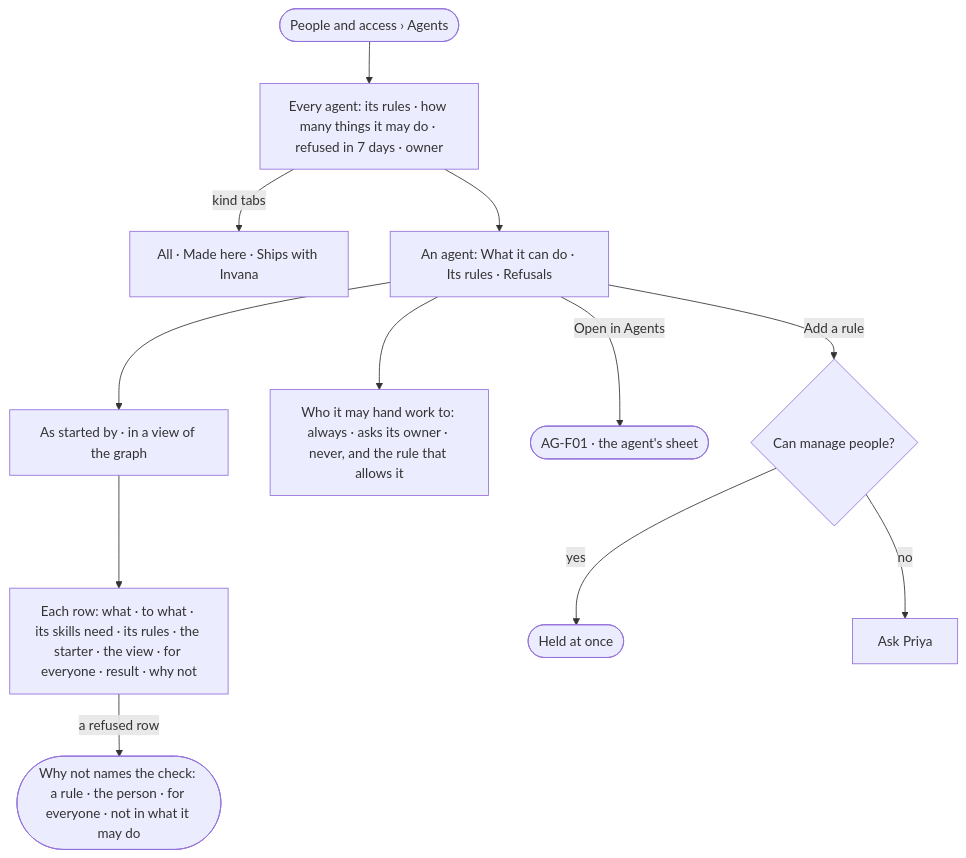
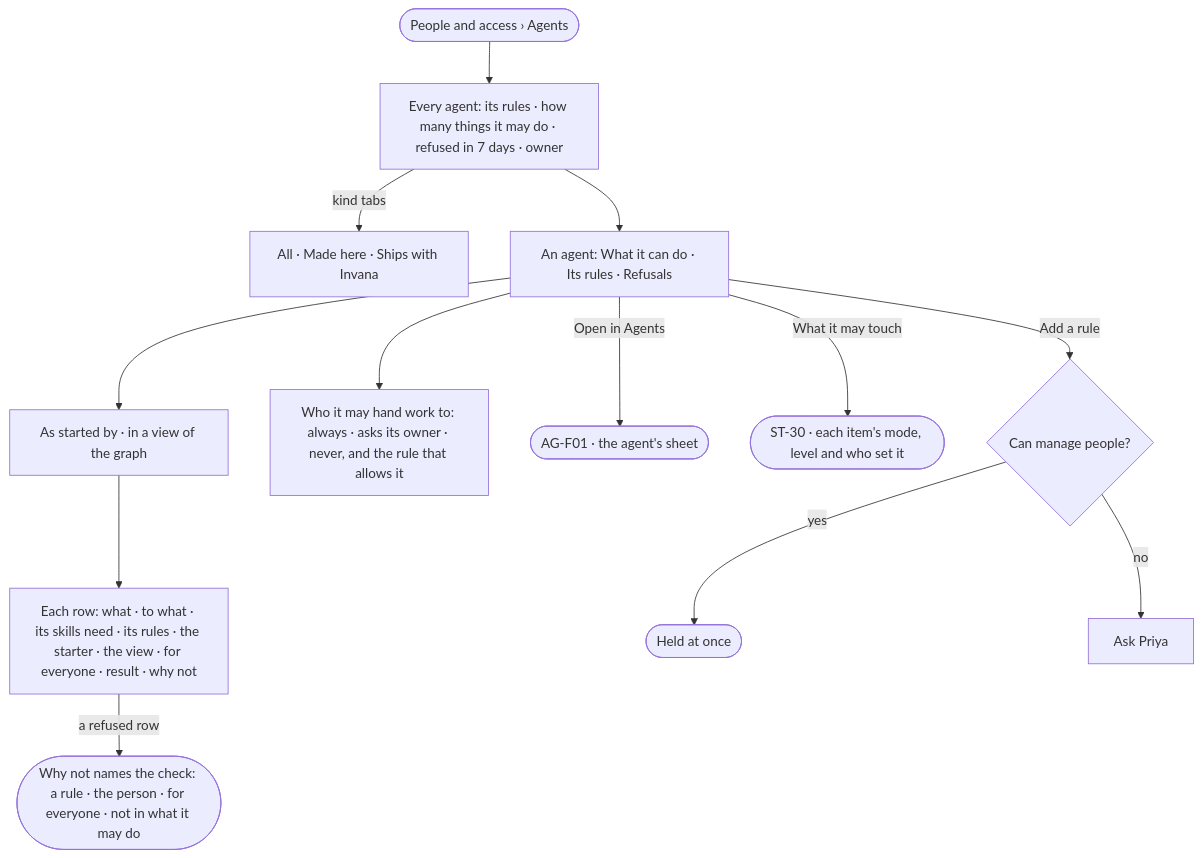
The diagram in specs/products/settings/features/ST-F02-people-and-access/stories/ST-07-see-why-an-agent-can-or-cannot/story.md (invana/invana), drawn with Mermaid before and after one commit. The commit also changed other lines of this file and 31 other files, not shown here.

````diff
--- a/specs/products/settings/features/ST-F02-people-and-access/stories/ST-07-see-why-an-agent-can-or-cannot/story.md
+++ b/specs/products/settings/features/ST-F02-people-and-access/stories/ST-07-see-why-an-agent-can-or-cannot/story.md
@@ -27,14 +27,15 @@
 ```mermaid
 flowchart TD
   t([People and access › Agents]) --> l["Every agent: its rules · how many things it may do · refused in 7 days · owner"]
   l -->|kind tabs| k["All · Made here · Ships with Invana"]
   l --> a["An agent: What it can do · Its rules · Refusals"]
   a --> as["As started by · in a view of the graph"]
   as --> m["Each row: what · to what · its skills need · its rules · the starter · the view · for everyone · result · why not"]
   m -->|a refused row| why(["Why not names the check: a rule · the person · for everyone · not in what it may do"])
   a --> dg["Who it may hand work to: always · asks its owner · never, and the rule that allows it"]
   a -->|Open in Agents| ag(["AG-F01 · the agent's sheet"])
+  a -->|What it may touch| wt(["ST-30 · each item's mode, level and who set it"])
   a -->|Add a rule| at{"Can manage people?"}
   at -->|yes| ok(["Held at once"])
   at -->|no| ask["Ask Priya"]
 ```
````
